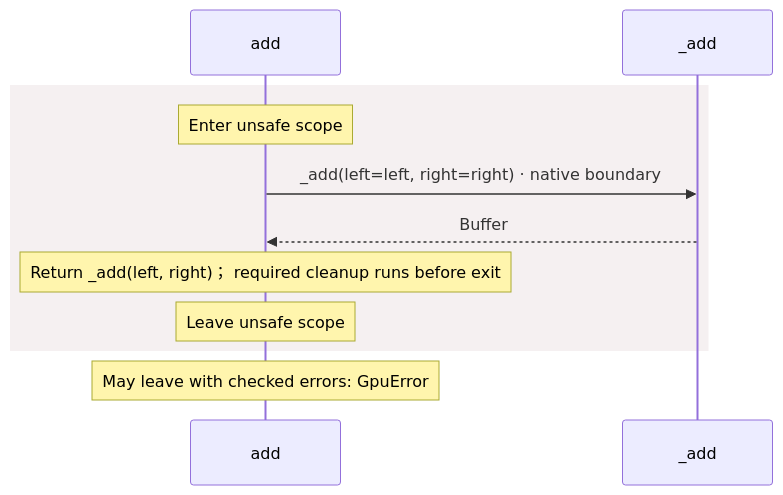
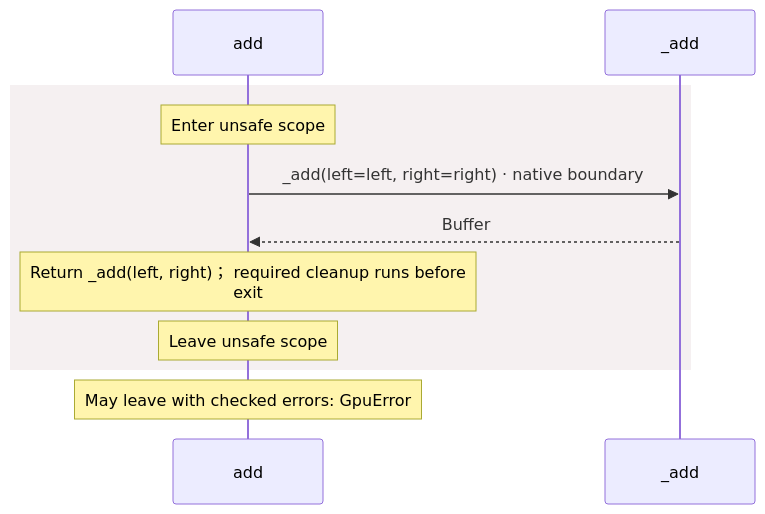
Before and after one commit to GreenPandaStudios/augscript: the fourth of 5 diagrams in docs/examples/native-gpu/dependencies/packages/@greenpandastudios/aug-gpu/0.1.1/api-diagrams.md, drawn with Mermaid. The commit also changed other lines of this file and 200 other files, not shown here.

Commit message:
Group imported operations and wrap readable sequence messages

````diff
--- a/docs/examples/native-gpu/dependencies/packages/@greenpandastudios/aug-gpu/0.1.1/api-diagrams.md
+++ b/docs/examples/native-gpu/dependencies/packages/@greenpandastudios/aug-gpu/0.1.1/api-diagrams.md
@@ -128,13 +128,13 @@
 ```mermaid
 sequenceDiagram
     participant p0 as add
     participant p1 as _add
     rect rgb(245, 240, 241)
     Note over p0: Enter unsafe scope
     p0->>p1: _add(left=left, right=right) · native boundary
     p1-->>p0: Buffer
-    Note over p0: Return _add(left, right)； required cleanup runs before exit
+    Note over p0: Return _add(left, right)； required cleanup runs before<br/>exit
     Note over p0: Leave unsafe scope
     end
     Note over p0: May leave with checked errors: GpuError
 ```
````
